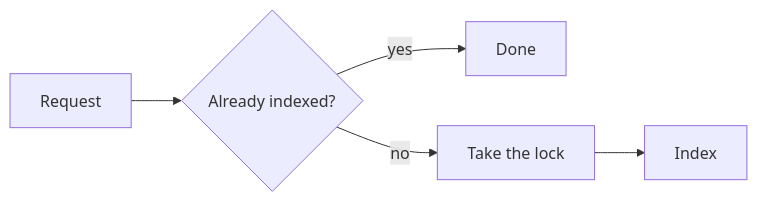
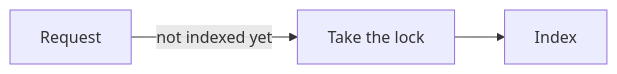
One commit to gitlabhq/orbit-knowledge-graph changed the third of 7 diagrams in docs/pages/engineering/architecture/indexing/code-indexing.md. Above: the diagram before and after it, drawn with Mermaid. The commit also changed other lines of this file and 8 other files, not shown here.

Commit message:
docs(testing): rewrite the end-to-end page and use banner diagrams

````diff
--- a/docs/pages/engineering/architecture/indexing/code-indexing.md
+++ b/docs/pages/engineering/architecture/indexing/code-indexing.md
@@ -59,6 +57,4 @@
 ```mermaid
 flowchart LR
-    R[Request] --> C{Already indexed?}
-    C -- yes --> Done
-    C -- no --> L[Take the lock] --> I[Index]
+    R[Request] -- not indexed yet --> L[Take the lock] --> I[Index]
 ```
````
